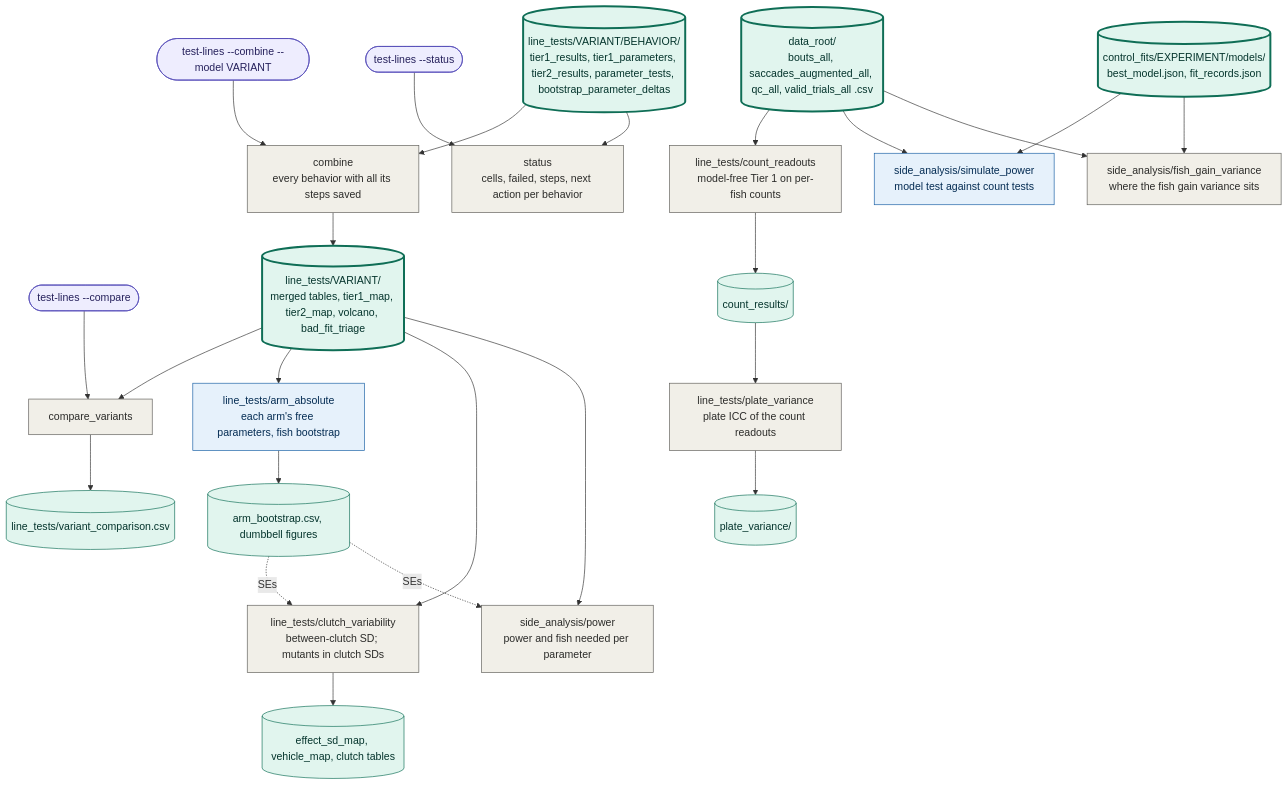
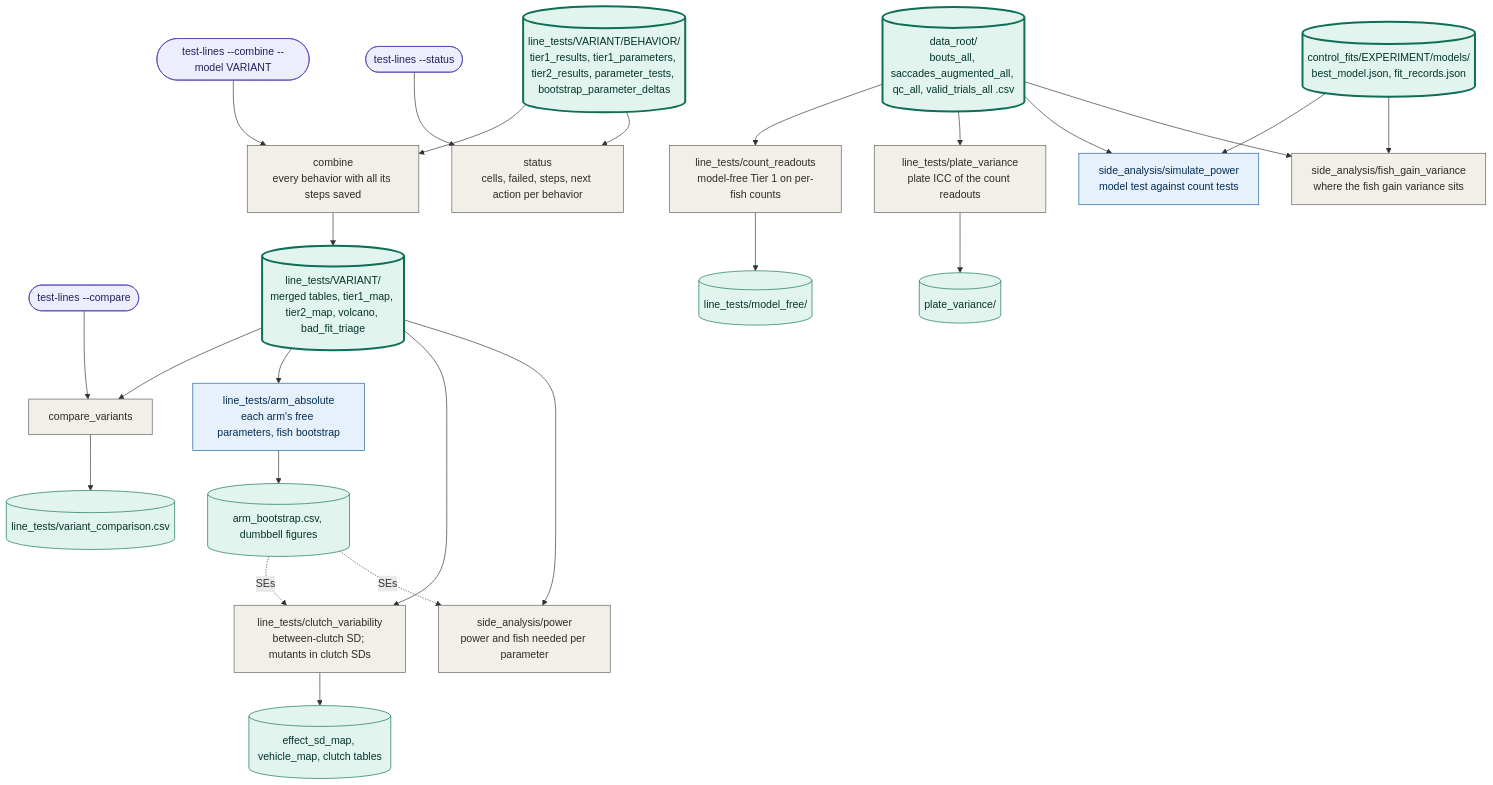
Before and after one commit to ElTinmar/BehaviorScreen: the sixth of 7 diagrams in docs/pipeline.md, drawn with Mermaid. The commit also changed other lines of this file and 3 other files, not shown here.

Commit message:
counts model free folder

````diff
--- a/docs/pipeline.md
+++ b/docs/pipeline.md
@@ -312,56 +312,56 @@
 ```mermaid
 %% stage: Merged results and follow-ups
 %% shared: merged control_fits behavior_tables line_results
 flowchart TD
   combine_cmd(["test-lines --combine --model VARIANT"]):::cmd
   status_cmd(["test-lines --status"]):::cmd
   compare_cmd(["test-lines --compare"]):::cmd
   behavior_tables[("line_tests/VARIANT/BEHAVIOR/<br>tier1_results, tier1_parameters, tier2_results, parameter_tests, bootstrap_parameter_deltas")]:::shared
   merged[("data_root/<br>bouts_all, saccades_augmented_all, qc_all, valid_trials_all .csv")]:::shared
   control_fits[("control_fits/EXPERIMENT/models/<br>best_model.json, fit_records.json")]:::shared
   combine["combine<br>every behavior with all its steps saved"]:::step
   line_results[("line_tests/VARIANT/<br>merged tables, tier1_map, tier2_map, volcano, bad_fit_triage")]:::shared
   status["status<br>cells, failed, steps, next action per behavior"]:::step
   compare["compare_variants"]:::step
   compare_out[("line_tests/variant_comparison.csv")]:::data
   arm_absolute["line_tests/arm_absolute<br>each arm's free parameters, fish bootstrap"]:::par
   arm_out[("arm_bootstrap.csv, dumbbell figures")]:::data
   clutch["line_tests/clutch_variability<br>between-clutch SD; mutants in clutch SDs"]:::step
   clutch_out[("effect_sd_map, vehicle_map, clutch tables")]:::data
   power["side_analysis/power<br>power and fish needed per parameter"]:::step
   counts["line_tests/count_readouts<br>model-free Tier 1 on per-fish counts"]:::step
-  counts_out[("count_results/")]:::data
+  counts_out[("line_tests/model_free/")]:::data
   plate_var["line_tests/plate_variance<br>plate ICC of the count readouts"]:::step
   plate_out[("plate_variance/")]:::data
   sim_power["side_analysis/simulate_power<br>model test against count tests"]:::par
   gain_var["side_analysis/fish_gain_variance<br>where the fish gain variance sits"]:::step
   combine_cmd --> combine
   behavior_tables --> combine
   combine --> line_results
   status_cmd --> status
   behavior_tables --> status
   compare_cmd --> compare
   line_results --> compare
   compare --> compare_out
   line_results --> arm_absolute
   arm_absolute --> arm_out
   line_results --> clutch
   arm_out -.->|SEs| clutch
   clutch --> clutch_out
   line_results --> power
   arm_out -.->|SEs| power
   merged --> counts
   counts --> counts_out
-  counts_out --> plate_var
+  merged --> plate_var
   plate_var --> plate_out
   control_fits --> sim_power
   merged --> sim_power
   control_fits --> gain_var
   merged --> gain_var
   classDef cmd fill:#EEEDFE,stroke:#534AB7,color:#26215C
   classDef step fill:#F1EFE8,stroke:#5F5E5A,color:#2C2C2A
   classDef par fill:#E6F1FB,stroke:#185FA5,color:#042C53
   classDef data fill:#E1F5EE,stroke:#0F6E56,color:#04342C
   classDef shared fill:#E1F5EE,stroke:#0F6E56,color:#04342C,stroke-width:3px
   classDef config fill:#FAEEDA,stroke:#854F0B,color:#412402
 ```
````
